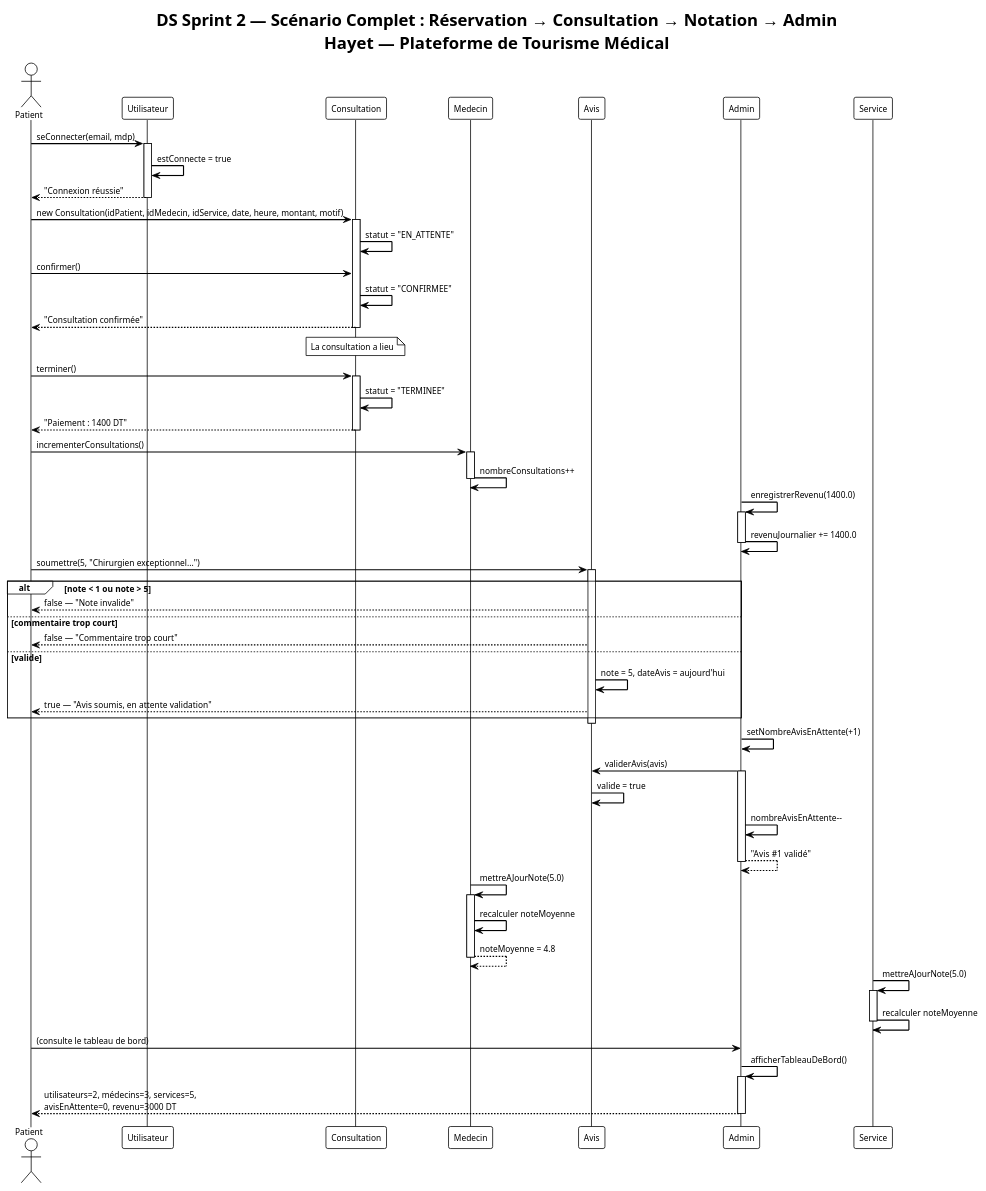
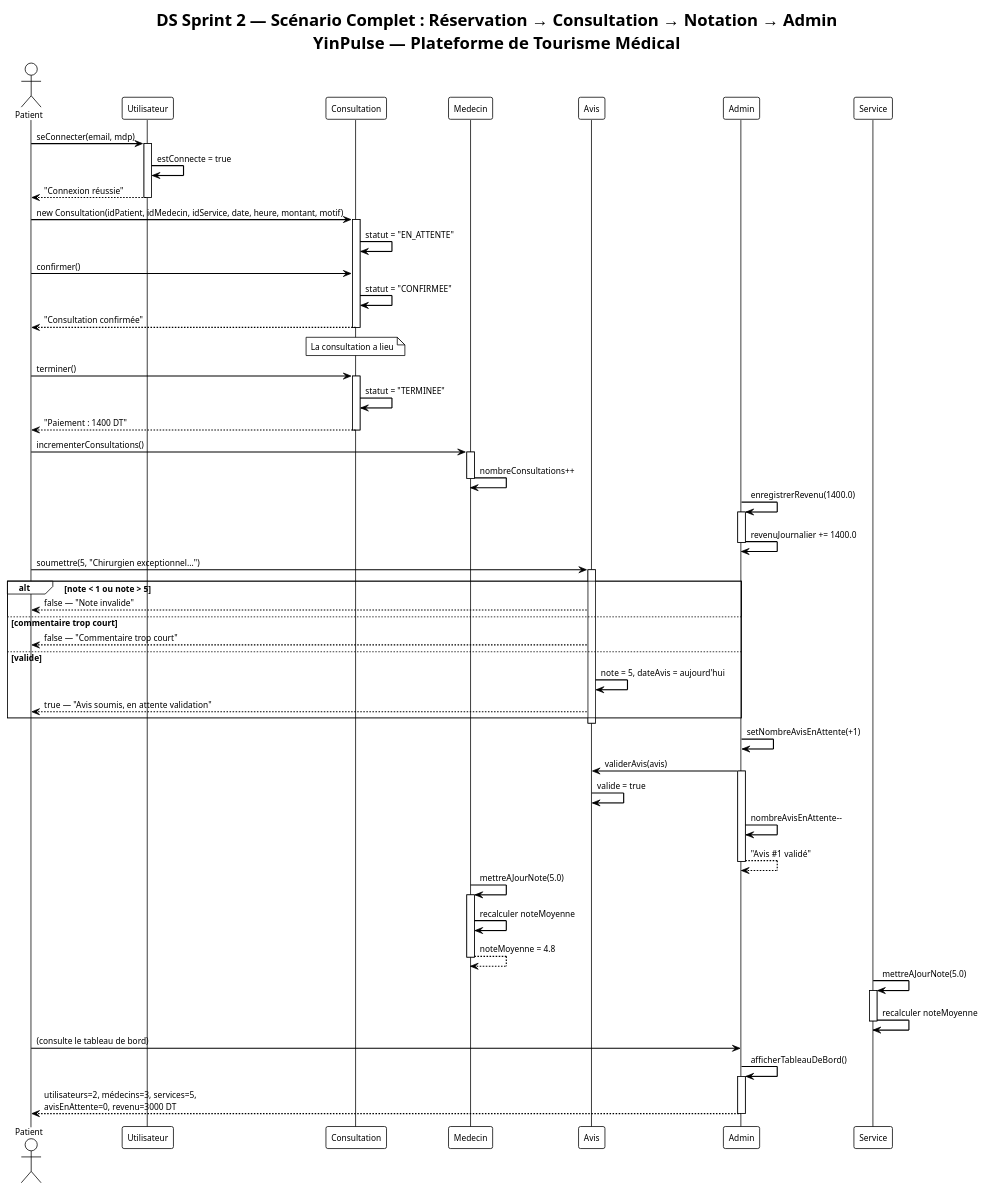
One commit to chaimaarfaoui-ui/aglpro changed the diagram in diagrammes/DS_Hayet_Sprint2.puml. Above: the diagram before and after it, drawn with PlantUML. The commit also changed 15 other files, not shown here.

Commit message:
refactor: rename project from Hayet to YinPulse

```diff
--- a/diagrammes/DS_Hayet_Sprint2.puml
+++ b/diagrammes/DS_Hayet_Sprint2.puml
@@ -1,87 +1,87 @@
-@startuml DS_Hayet_Sprint2
+@startuml DS_YinPulse_Sprint2
 !theme plain
 skinparam sequenceArrowThickness 1.5
 skinparam defaultFontName Arial
 skinparam defaultFontSize 11
 
-title DS Sprint 2 — Scénario Complet : Réservation → Consultation → Notation → Admin\nHayet — Plateforme de Tourisme Médical
+title DS Sprint 2 — Scénario Complet : Réservation → Consultation → Notation → Admin\nYinPulse — Plateforme de Tourisme Médical
 
 actor "Patient" as P
 participant "Utilisateur" as U
 participant "Consultation" as C
 participant "Medecin" as M
 participant "Avis" as AV
 participant "Admin" as A
 participant "Service" as S
 
 P -> U : seConnecter(email, mdp)
 activate U
   U -> U : estConnecte = true
   U --> P : "Connexion réussie"
 deactivate U
 
 P -> C : new Consultation(idPatient, idMedecin, idService, date, heure, montant, motif)
 activate C
   C -> C : statut = "EN_ATTENTE"
   P -> C : confirmer()
   C -> C : statut = "CONFIRMEE"
   C --> P : "Consultation confirmée"
 deactivate C
 
 note over C : La consultation a lieu
 
 P -> C : terminer()
 activate C
   C -> C : statut = "TERMINEE"
   C --> P : "Paiement : 1400 DT"
 deactivate C
 
 P -> M : incrementerConsultations()
 activate M
   M -> M : nombreConsultations++
 deactivate M
 
 A -> A : enregistrerRevenu(1400.0)
 activate A
   A -> A : revenuJournalier += 1400.0
 deactivate A
 
 P -> AV : soumettre(5, "Chirurgien exceptionnel...")
 activate AV
   alt note < 1 ou note > 5
     AV --> P : false — "Note invalide"
   else commentaire trop court
     AV --> P : false — "Commentaire trop court"
   else valide
     AV -> AV : note = 5, dateAvis = aujourd'hui
     AV --> P : true — "Avis soumis, en attente validation"
   end
 deactivate AV
 
 A -> A : setNombreAvisEnAttente(+1)
 
 A -> AV : validerAvis(avis)
 activate A
   AV -> AV : valide = true
   A -> A : nombreAvisEnAttente--
   A --> A : "Avis #1 validé"
 deactivate A
 
 M -> M : mettreAJourNote(5.0)
 activate M
   M -> M : recalculer noteMoyenne
   M --> M : noteMoyenne = 4.8
 deactivate M
 
 S -> S : mettreAJourNote(5.0)
 activate S
   S -> S : recalculer noteMoyenne
 deactivate S
 
 P -> A : (consulte le tableau de bord)
 A -> A : afficherTableauDeBord()
 activate A
   A --> P : utilisateurs=2, médecins=3, services=5,\navisEnAttente=0, revenu=3000 DT
 deactivate A
 
 @enduml
```
